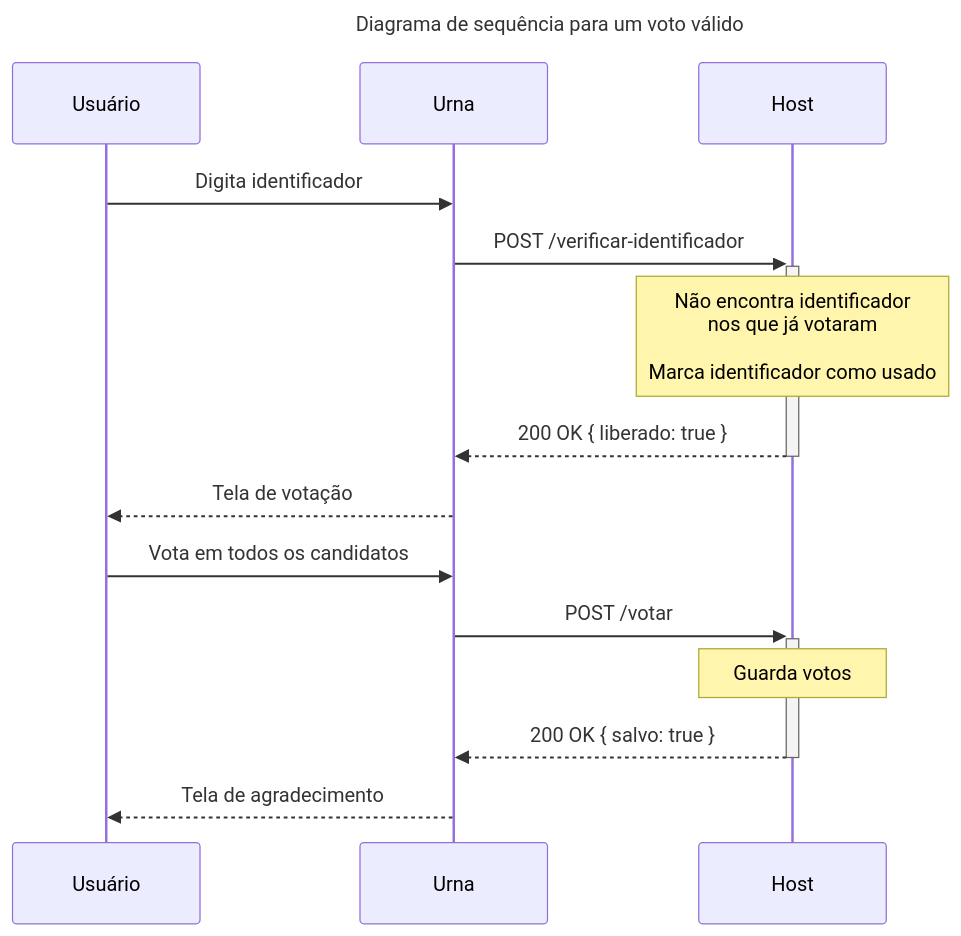
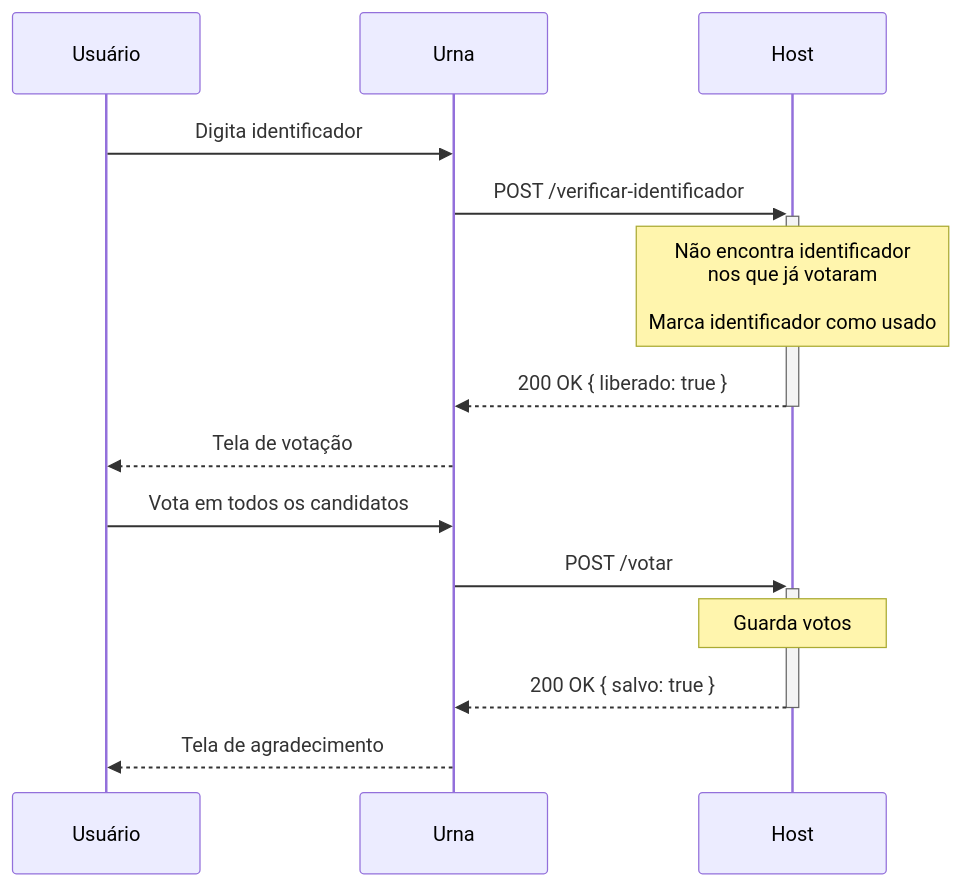
One commit to brendon-joao-dev/sistema-votacao changed the diagram in docs/sequencia_voto_valido.md. Above: the diagram before and after it, drawn with Mermaid. The commit also changed 2 other files, not shown here.

Commit message:
Docs: Alteração no formato dos títulos dos diagramas

````diff
--- a/docs/sequencia_voto_valido.md
+++ b/docs/sequencia_voto_valido.md
@@ -1,21 +3,19 @@
 ```mermaid
 sequenceDiagram
-    title Diagrama de sequência para um voto válido
-
     participant U as Usuário
     participant F as Urna
     participant H as Host
 
     U->>F: Digita identificador
     F->>+H: POST /verificar-identificador
     Note over H: Não encontra identificador<br/>nos que já votaram<br/><br/>Marca identificador como usado
     H-->>-F: 200 OK { liberado: true }
     F-->>U: Tela de votação
 
 
     U->>F: Vota em todos os candidatos
     F->>+H: POST /votar
     Note over H: Guarda votos
     H-->>-F: 200 OK { salvo: true }
     F-->>U: Tela de agradecimento
 ```
````
